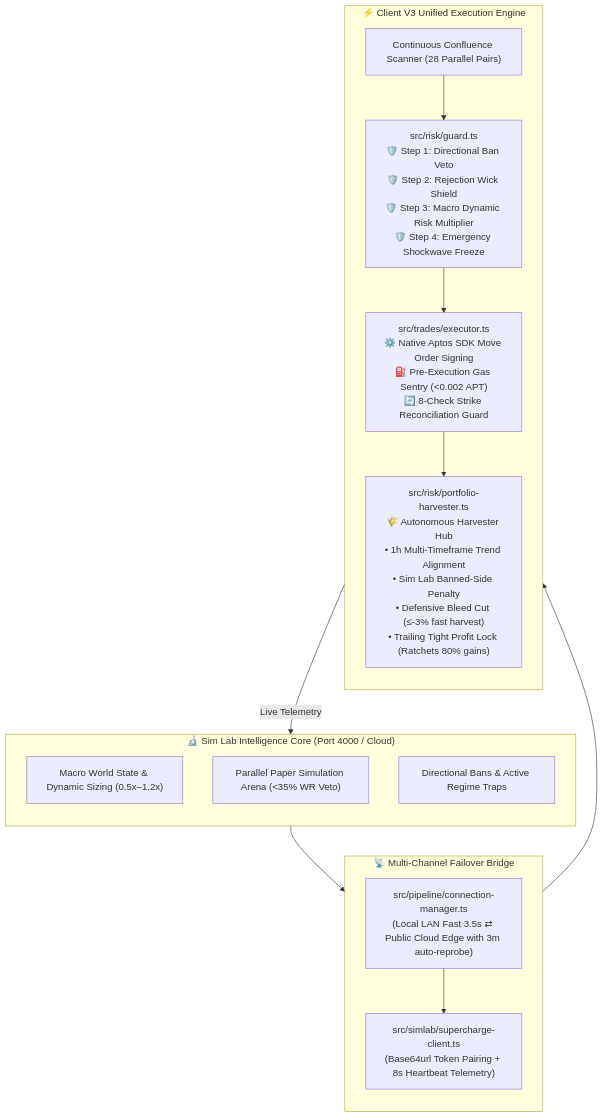
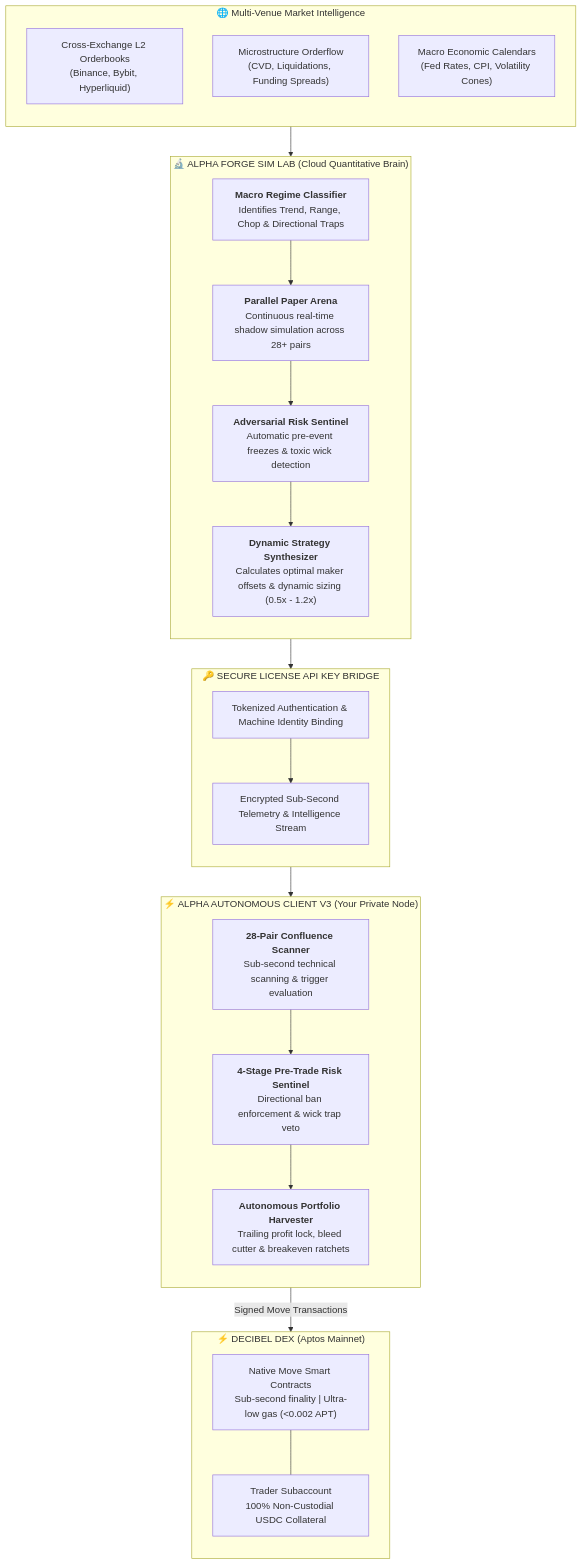
The first of 2 diagrams in README.md (Measmonysuon/alpha_autonomouse_v3), drawn with Mermaid before and after one commit. The commit also changed other lines of this file and 14 other files, not shown here.

Commit message:
feat(release): upgrade to v3.2.0 with public quantitative architecture README, marketing assets, and build updates

````diff
--- a/README.md
+++ b/README.md
@@ -16,36 +54,55 @@
 ```mermaid
-flowchart TB
-    subgraph SimLab["🔬 Sim Lab Intelligence Core (Port 4000 / Cloud)"]
+flowchart TD
+    %% Global Ingestion Layer
+    subgraph DataUniverse["🌐 Multi-Venue Market Intelligence"]
         direction TB
-        Macro["Macro World State & Dynamic Sizing (0.5x–1.2x)"]
-        SimArena["Parallel Paper Simulation Arena (<35% WR Veto)"]
-        Bans["Directional Bans & Active Regime Traps"]
+        L2["Cross-Exchange L2 Orderbooks<br/>(Binance, Bybit, Hyperliquid)"]
+        Orderflow["Microstructure Orderflow<br/>(CVD, Liquidations, Funding Spreads)"]
+        Macro["Macro Economic Calendars<br/>(Fed Rates, CPI, Volatility Cones)"]
     end
 
-    subgraph Bridge["📡 Multi-Channel Failover Bridge"]
+    %% Sim Lab Core
+    subgraph SimLabCore["🔬 ALPHA FORGE SIM LAB (Cloud Quantitative Brain)"]
         direction TB
-        ConnMgr["src/pipeline/connection-manager.ts<br/>(Local LAN Fast 3.5s ⇄ Public Cloud Edge with 3m auto-reprobe)"]
-        Supercharge["src/simlab/supercharge-client.ts<br/>(Base64url Token Pairing + 8s Heartbeat Telemetry)"]
-        ConnMgr --> Supercharge
+        RegimeEngine["<b>Macro Regime Classifier</b><br/>Identifies Trend, Range, Chop & Directional Traps"]
+        PaperArena["<b>Parallel Paper Arena</b><br/>Continuous real-time shadow simulation across 28+ pairs"]
+        RiskGates["<b>Adversarial Risk Sentinel</b><br/>Automatic pre-event freezes & toxic wick detection"]
+        Directives["<b>Dynamic Strategy Synthesizer</b><br/>Calculates optimal maker offsets & dynamic sizing (0.5x - 1.2x)"]
+        
+        RegimeEngine --> PaperArena --> RiskGates --> Directives
     end
 
-    SimLab --> Bridge
+    DataUniverse --> SimLabCore
 
-    subgraph ClientCore["⚡ Client V3 Unified Execution Engine"]
+    %% Secure Licensing Bridge
+    subgraph LicenseBridge["🔑 SECURE LICENSE API KEY BRIDGE"]
         direction TB
-        Scanner["Continuous Confluence Scanner (28 Parallel Pairs)"]
-        
-        RiskGuard["src/risk/guard.ts<br/>🛡️ Step 1: Directional Ban Veto<br/>🛡️ Step 2: Rejection Wick Shield<br/>🛡️ Step 3: Macro Dynamic Risk Multiplier<br/>🛡️ Step 4: Emergency Shockwave Freeze"]
-        
-        AptosExecutor["src/trades/executor.ts<br/>⚙️ Native Aptos SDK Move Order Signing<br/>⛽ Pre-Execution Gas Sentry (&lt;0.002 APT)<br/>🔄 8-Check Strike Reconciliation Guard"]
-        
-        Harvester["src/risk/portfolio-harvester.ts<br/>🌾 Autonomous Harvester Hub<br/>• 1h Multi-Timeframe Trend Alignment<br/>• Sim Lab Banned-Side Penalty<br/>• Defensive Bleed Cut (&le;-3% fast harvest)<br/>• Trailing Tight Profit Lock (Ratchets 80% gains)"]
-        
-        Scanner --> RiskGuard
-        RiskGuard --> AptosExecutor
-        AptosExecutor --> Harvester
+        Auth["Tokenized Authentication & Machine Identity Binding"]
+        Stream["Encrypted Sub-Second Telemetry & Intelligence Stream"]
+        Auth --> Stream
     end
 
-    Bridge --> ClientCore
-    ClientCore -->|"Live Telemetry"| SimLab
+    SimLabCore --> LicenseBridge
+
+    %% Client V3 Node
+    subgraph ClientTerminal["⚡ ALPHA AUTONOMOUS CLIENT V3 (Your Private Node)"]
+        direction TB
+        Scanner["<b>28-Pair Confluence Scanner</b><br/>Sub-second technical scanning & trigger evaluation"]
+        Shield["<b>4-Stage Pre-Trade Risk Sentinel</b><br/>Directional ban enforcement & wick trap veto"]
+        Harvester["<b>Autonomous Portfolio Harvester</b><br/>Trailing profit lock, bleed cutter & breakeven ratchets"]
+        
+        Scanner --> Shield --> Harvester
+    end
+
+    LicenseBridge --> ClientTerminal
+
+    %% Settlement Venue
+    subgraph OnChainExecution["⚡ DECIBEL DEX (Aptos Mainnet)"]
+        direction TB
+        AptosEngine["Native Move Smart Contracts<br/>Sub-second finality | Ultra-low gas (<0.002 APT)"]
+        Account["Trader Subaccount<br/>100% Non-Custodial USDC Collateral"]
+        AptosEngine --- Account
+    end
+
+    ClientTerminal -->|"Signed Move Transactions"| OnChainExecution
 ```
````
